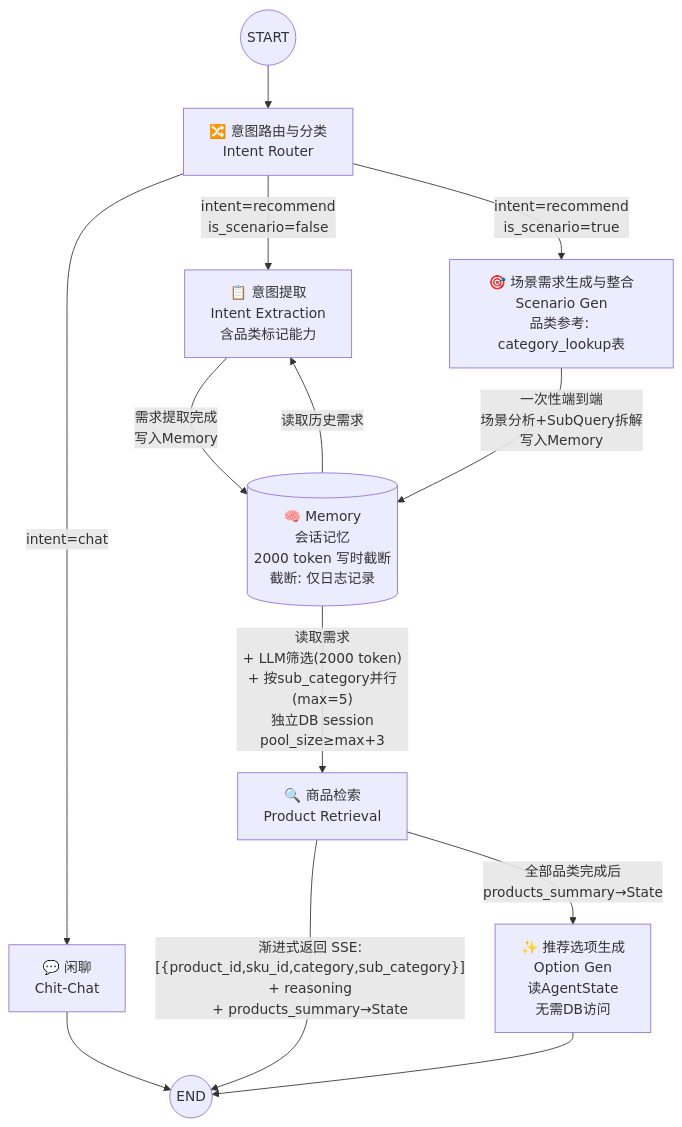
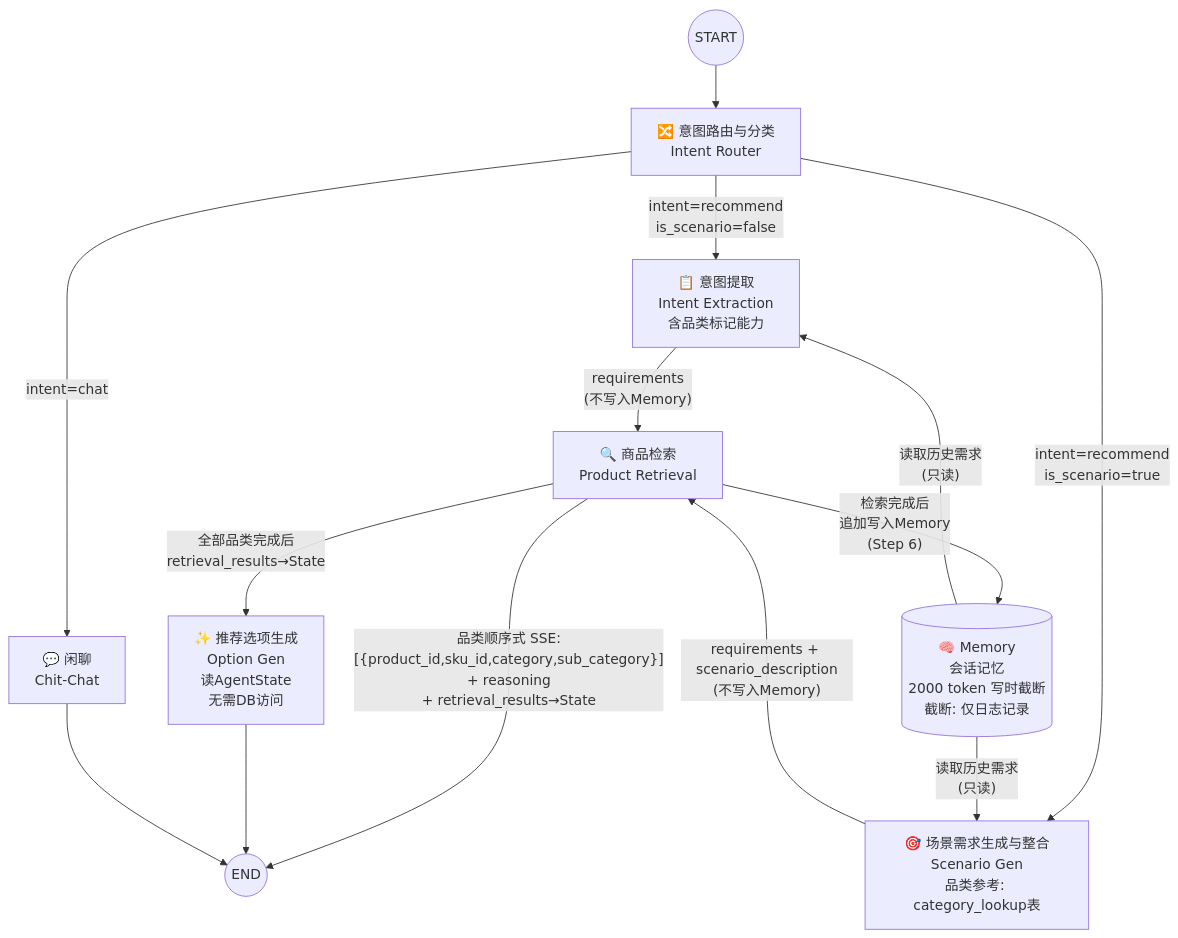
One commit to Crystalzhouby/AuraCart changed the first of 2 diagrams in server/docs/AGENT_OPT/GENERAL/SPEC.md. Above: the diagram before and after it, drawn with Mermaid. The commit also changed other lines of this file, not shown here.

````diff
--- a/server/docs/AGENT_OPT/GENERAL/SPEC.md
+++ b/server/docs/AGENT_OPT/GENERAL/SPEC.md
@@ -182,20 +194,21 @@
 ```mermaid
 graph TD
     START((START)) --> router["🔀 意图路由与分类<br/>Intent Router"]
 
     router -->|"intent=chat"| chat["💬 闲聊<br/>Chit-Chat"]
     router -->|"intent=recommend<br/>is_scenario=false"| extract["📋 意图提取<br/>Intent Extraction<br/>含品类标记能力"]
     router -->|"intent=recommend<br/>is_scenario=true"| scenario["🎯 场景需求生成与整合<br/>Scenario Gen<br/>品类参考: category_lookup表"]
 
-    memory_r[("🧠 Memory<br/>会话记忆<br/>2000 token 写时截断<br/>截断: 仅日志记录")] -->|"读取历史需求"| extract
-    extract -->|"需求提取完成<br/>写入Memory"| memory_r
+    memory_r[("🧠 Memory<br/>会话记忆<br/>2000 token 写时截断<br/>截断: 仅日志记录")] -->|"读取历史需求<br/>(只读)"| extract
+    memory_r -->|"读取历史需求<br/>(只读)"| scenario
 
-    scenario -->|"一次性端到端<br/>场景分析+SubQuery拆解<br/>写入Memory"| memory_r
+    extract -->|"requirements<br/>(不写入Memory)"| retrieve["🔍 商品检索<br/>Product Retrieval"]
+    scenario -->|"requirements + scenario_description<br/>(不写入Memory)"| retrieve
 
-    memory_r -->|"读取需求<br/>+ LLM筛选(2000 token)<br/>+ 按sub_category并行(max=5)<br/>独立DB session<br/>pool_size≥max+3"| retrieve["🔍 商品检索<br/>Product Retrieval"]
-    retrieve -->|"渐进式返回 SSE:<br/>[{product_id,sku_id,category,sub_category}]<br/>+ reasoning<br/>+ products_summary→State"| END((END))
-    retrieve -->|"全部品类完成后<br/>products_summary→State"| options["✨ 推荐选项生成<br/>Option Gen<br/>读AgentState<br/>无需DB访问"]
+    retrieve -->|"检索完成后<br/>追加写入Memory<br/>(Step 6)"| memory_r
+    retrieve -->|"品类顺序式 SSE:<br/>[{product_id,sku_id,category,sub_category}]<br/>+ reasoning<br/>+ retrieval_results→State"| END((END))
+    retrieve -->|"全部品类完成后<br/>retrieval_results→State"| options["✨ 推荐选项生成<br/>Option Gen<br/>读AgentState<br/>无需DB访问"]
     options --> END
 
     chat --> END
 ```
````
